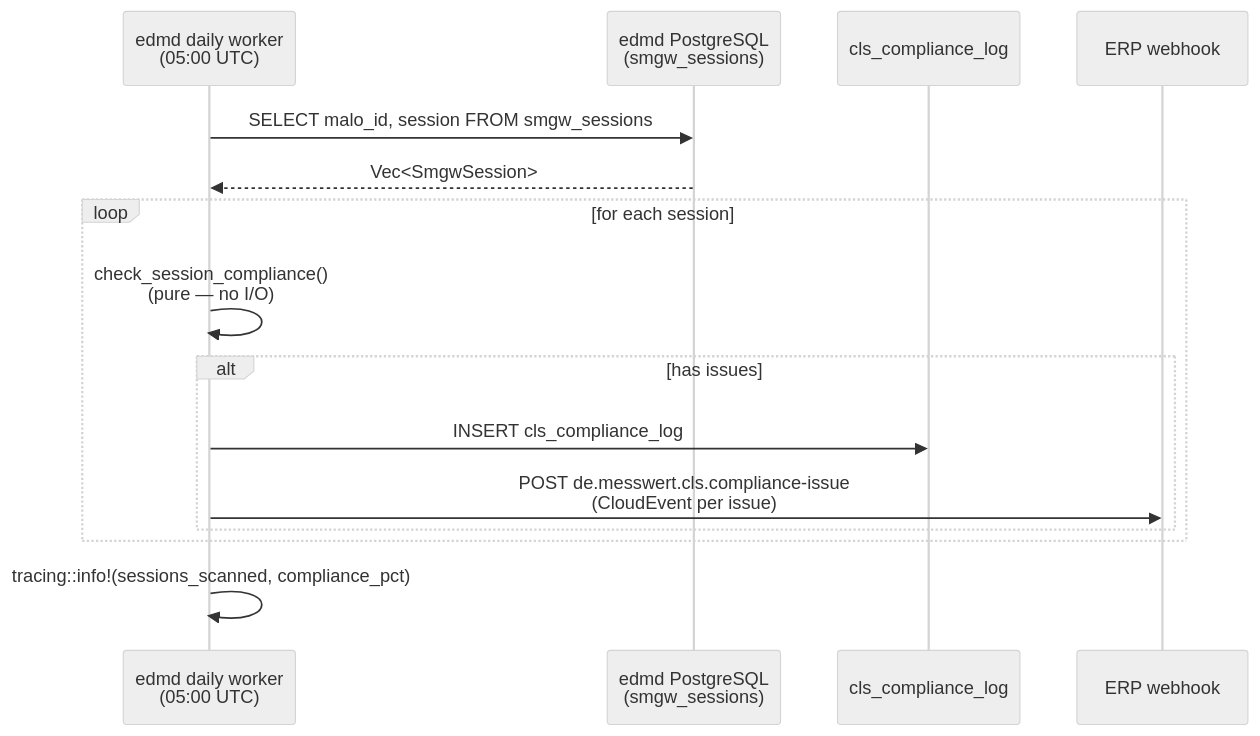
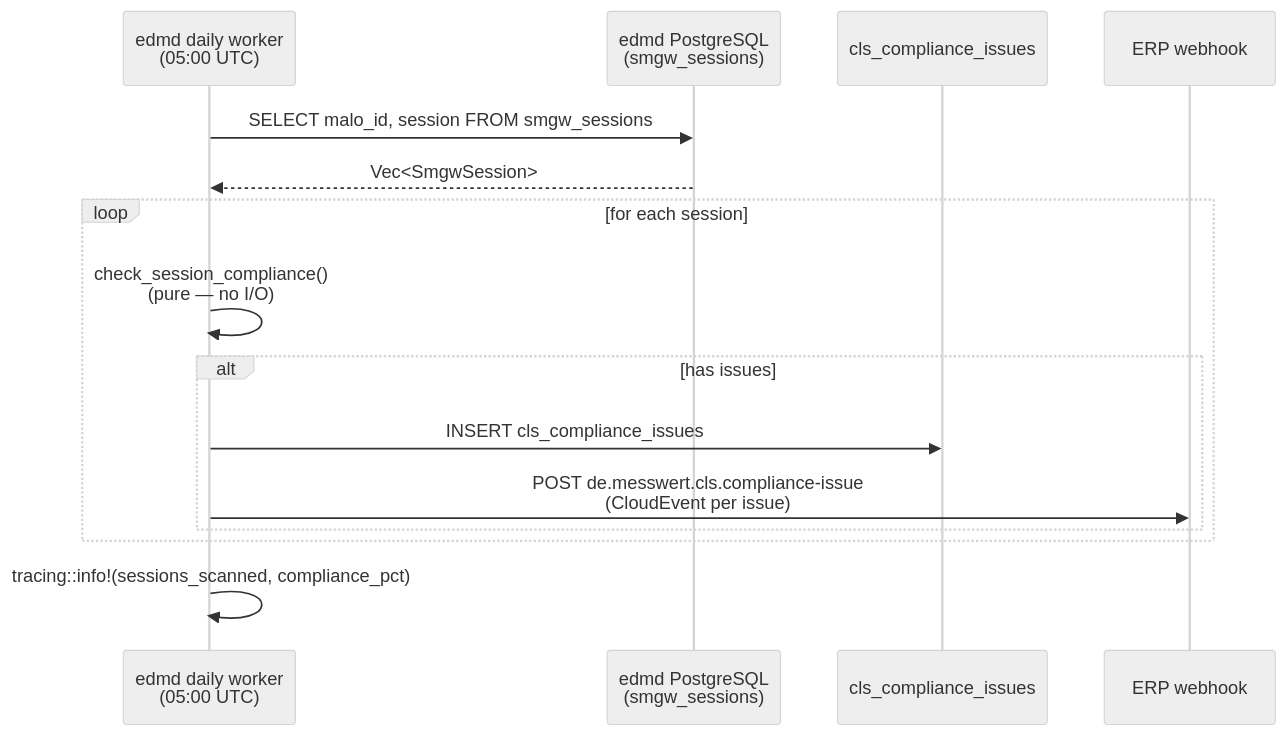
Before and after one commit to hupe1980/mako: the fourth of 4 diagrams in site/content/docs/services/edmd.md, drawn with Mermaid (neutral theme). The commit also changed other lines of this file and 43 other files, not shown here.

````diff
--- a/site/content/docs/services/edmd.md
+++ b/site/content/docs/services/edmd.md
@@ -2122,18 +2491,18 @@
 ```mermaid
 sequenceDiagram
     participant Worker as edmd daily worker<br/>(05:00 UTC)
     participant DB as edmd PostgreSQL<br/>(smgw_sessions)
-    participant Log as cls_compliance_log
+    participant Log as cls_compliance_issues
     participant ERP as ERP webhook
 
     Worker->>DB: SELECT malo_id, session FROM smgw_sessions
     DB-->>Worker: Vec<SmgwSession>
     loop for each session
         Worker->>Worker: check_session_compliance()<br/>(pure — no I/O)
         alt has issues
-            Worker->>Log: INSERT cls_compliance_log
+            Worker->>Log: INSERT cls_compliance_issues
             Worker->>ERP: POST de.messwert.cls.compliance-issue<br/>(CloudEvent per issue)
         end
     end
     Worker->>Worker: tracing::info!(sessions_scanned, compliance_pct)
 ```
````
